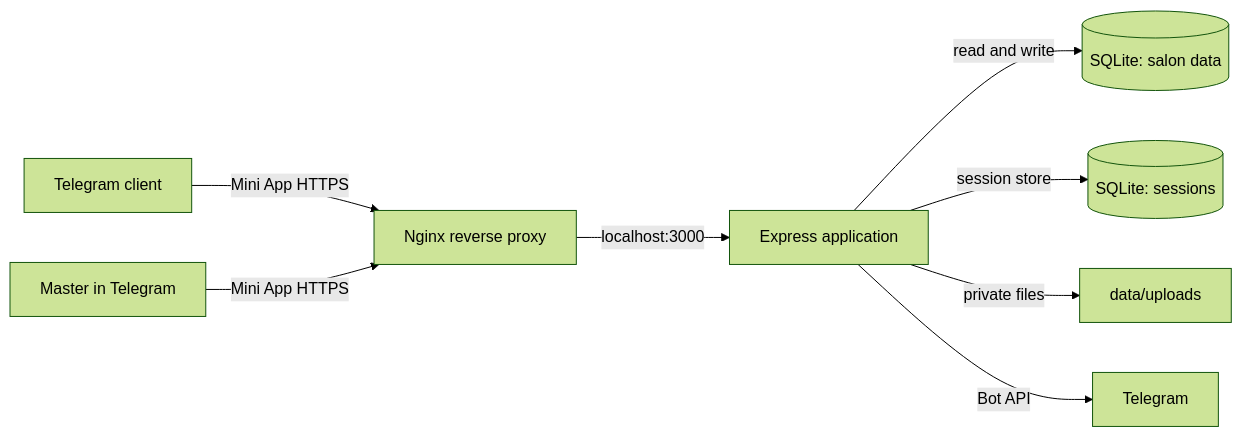
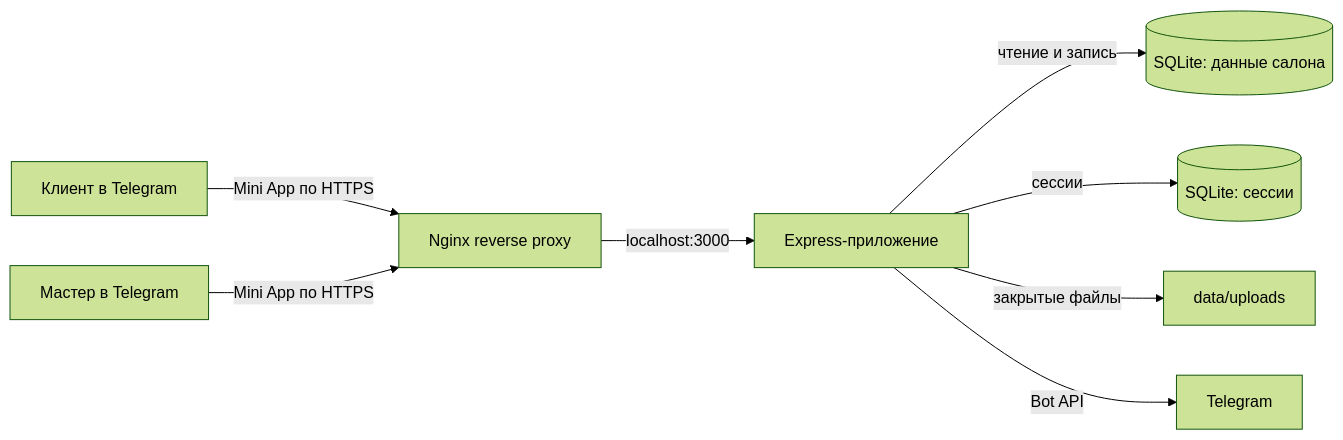
One commit to GadXx/nail-studio-telegram-mini-app changed the diagram in docs/ARCHITECTURE.md. Above: the diagram before and after it, drawn with Mermaid (forest theme). The commit also changed other lines of this file and 9 other files, not shown here.

````diff
--- a/docs/ARCHITECTURE.md
+++ b/docs/ARCHITECTURE.md
@@ -5,10 +5,10 @@
 ```mermaid
 flowchart LR
-  Client[Telegram client] -->|Mini App HTTPS| Nginx[Nginx reverse proxy]
-  Master[Master in Telegram] -->|Mini App HTTPS| Nginx
-  Nginx -->|localhost:3000| App[Express application]
-  App -->|read and write| DB[(SQLite: salon data)]
-  App -->|session store| Sessions[(SQLite: sessions)]
-  App -->|private files| Uploads[data/uploads]
+  Client[Клиент в Telegram] -->|Mini App по HTTPS| Nginx[Nginx reverse proxy]
+  Master[Мастер в Telegram] -->|Mini App по HTTPS| Nginx
+  Nginx -->|localhost:3000| App[Express-приложение]
+  App -->|чтение и запись| DB[(SQLite: данные салона)]
+  App -->|сессии| Sessions[(SQLite: сессии)]
+  App -->|закрытые файлы| Uploads[data/uploads]
   App -->|Bot API| Telegram[Telegram]
 ```
````
